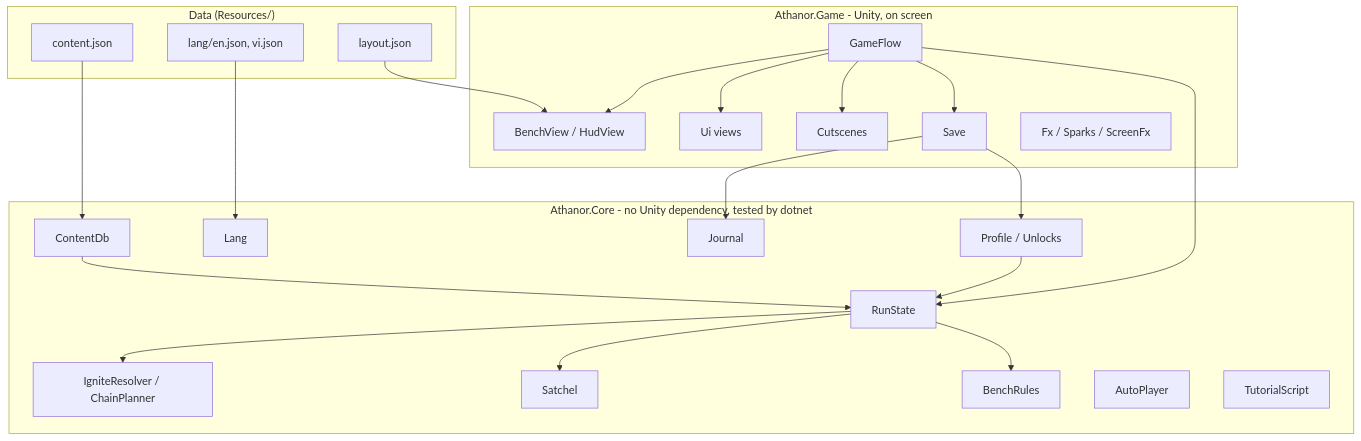
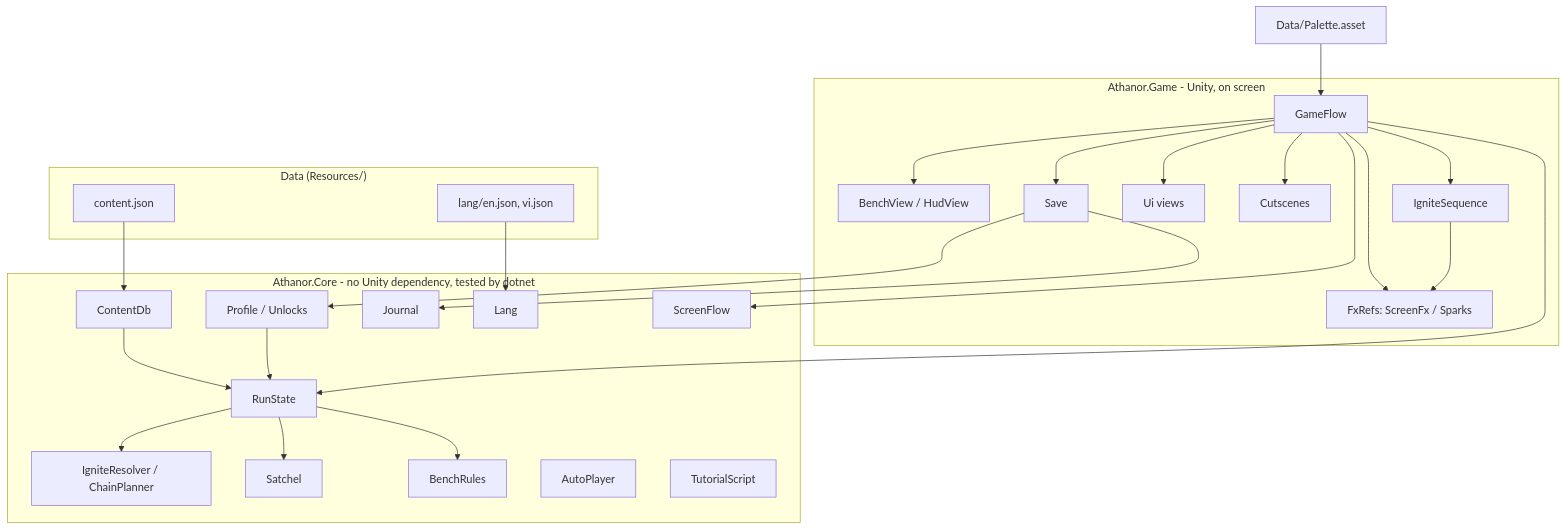
Before and after one commit to duylongcoder/Athanor: the diagram in vault/Design/Architecture.md, drawn with Mermaid. The commit also changed other lines of this file and 523 other files, not shown here.

````diff
--- a/vault/Design/Architecture.md
+++ b/vault/Design/Architecture.md
@@ -7,32 +7,37 @@
 ```mermaid
 flowchart TB
   subgraph Data["Data (Resources/)"]
     C[content.json]
     L[lang/en.json, vi.json]
-    LY[layout.json]
   end
+  PA[Data/Palette.asset]
   subgraph Core["Athanor.Core - no Unity dependency, tested by dotnet"]
     CD[ContentDb] --> RS[RunState]
     RS --> IG[IgniteResolver / ChainPlanner]
     RS --> SA[Satchel]
     RS --> BR[BenchRules]
     PR[Profile / Unlocks] --> RS
     JO[Journal]
     LA[Lang]
     AP[AutoPlayer]
     TU[TutorialScript]
+    SF[ScreenFlow]
   end
   subgraph Game["Athanor.Game - Unity, on screen"]
     GF[GameFlow] --> BV[BenchView / HudView]
+    GF --> IS[IgniteSequence]
     GF --> UI[Ui views]
     GF --> CS[Cutscenes]
     GF --> SV[Save]
-    FX[Fx / Sparks / ScreenFx]
+    FX[FxRefs: ScreenFx / Sparks]
   end
   C --> CD
   L --> LA
-  LY --> BV
+  PA --> GF
+  GF --> SF
+  GF --> FX
+  IS --> FX
   GF --> RS
   SV --> JO
   SV --> PR
 ```
````
